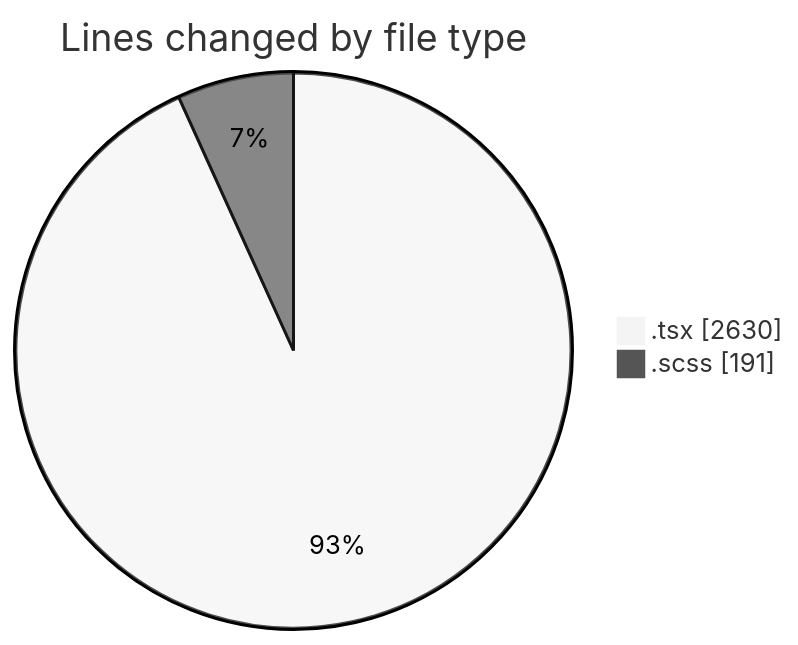
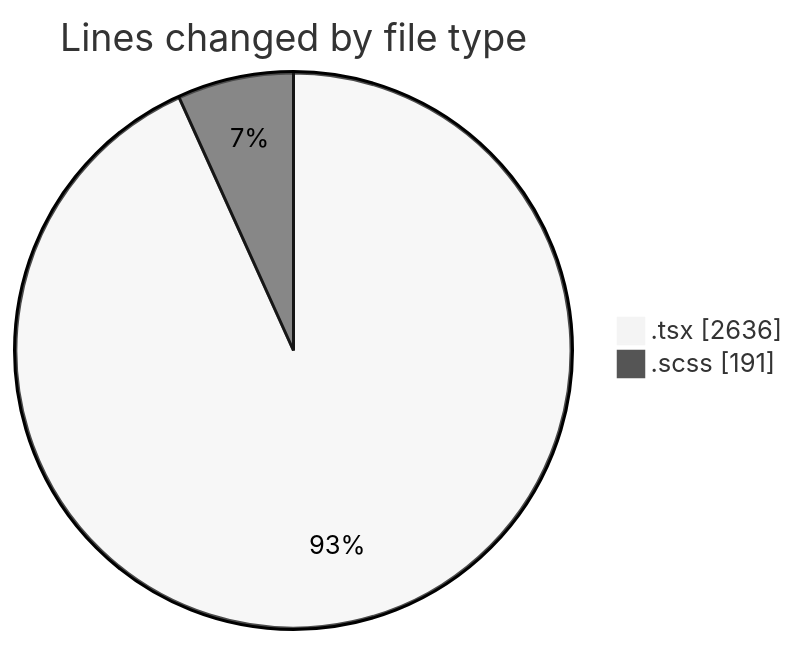
One commit to momahboobian/code-tracking changed the first of 2 diagrams in 2025-04-04/cda/README.md. Above: the diagram before and after it, drawn with Mermaid (neutral theme). The commit also changed other lines of this file and 1 other file, not shown here.

````diff
--- a/2025-04-04/cda/README.md
+++ b/2025-04-04/cda/README.md
@@ -30,6 +30,6 @@
 ```mermaid
 pie showData
 title Lines changed by file type
-".tsx" : 2630
+".tsx" : 2636
 ".scss" : 191
 ```
````
